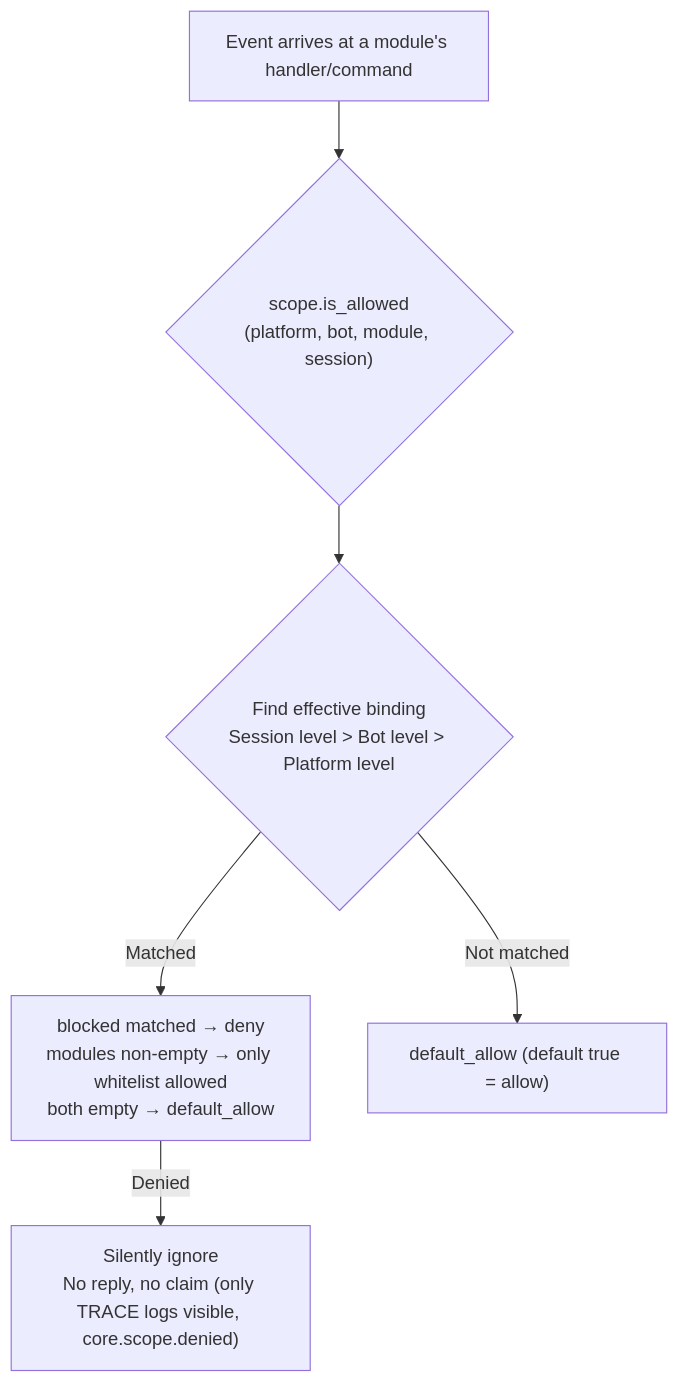
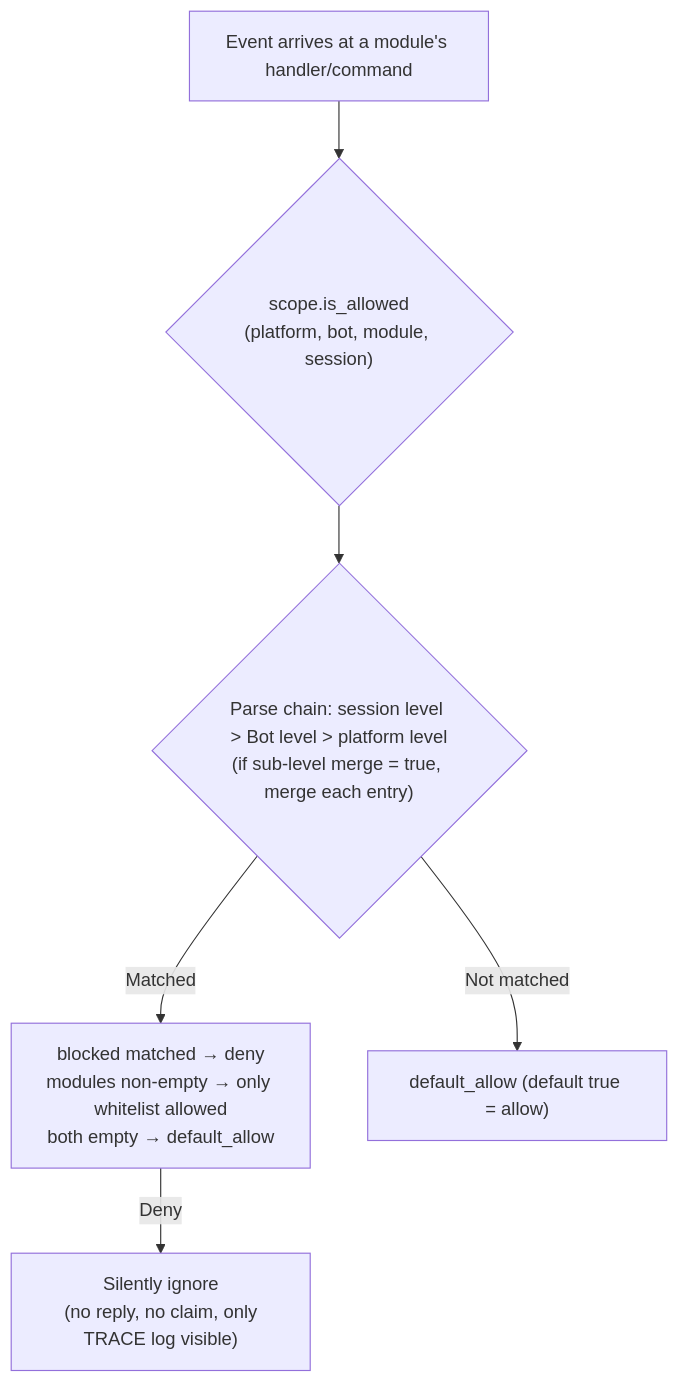
The diagram in docs/ru/advanced/scope.md (ErisPulse/ErisPulse), drawn with Mermaid before and after one commit. The commit also changed other lines of this file and 91 other files, not shown here.

````diff
--- a/docs/ru/advanced/scope.md
+++ b/docs/ru/advanced/scope.md
@@ -109,8 +86,8 @@
 ```mermaid
 flowchart TD
     A["Event arrives at a module's handler/command"] --> B{"scope.is_allowed<br/>(platform, bot, module, session)"}
-    B --> C{"Find effective binding<br/>Session level > Bot level > Platform level"}
+    B --> C{"Parse chain: session level > Bot level > platform level<br/>(if sub-level merge = true, merge each entry)"}
     C -->|"Matched"| D["blocked matched → deny<br/>modules non-empty → only whitelist allowed<br/>both empty → default_allow"]
     C -->|"Not matched"| E["default_allow (default true = allow)"]
-    D -->|"Denied"| Z["Silently ignore<br/>No reply, no claim (only TRACE logs visible, core.scope.denied)"]
+    D -->|"Deny"| Z["Silently ignore<br/> (no reply, no claim, only TRACE log visible)"]
 ```
````
